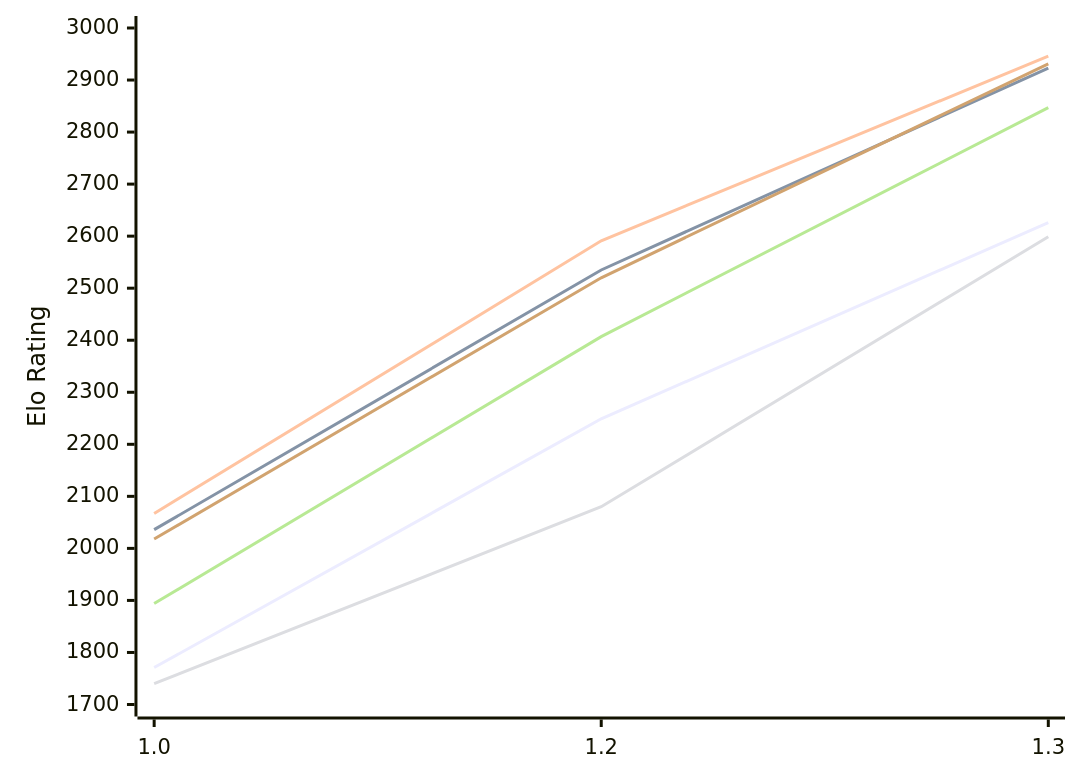
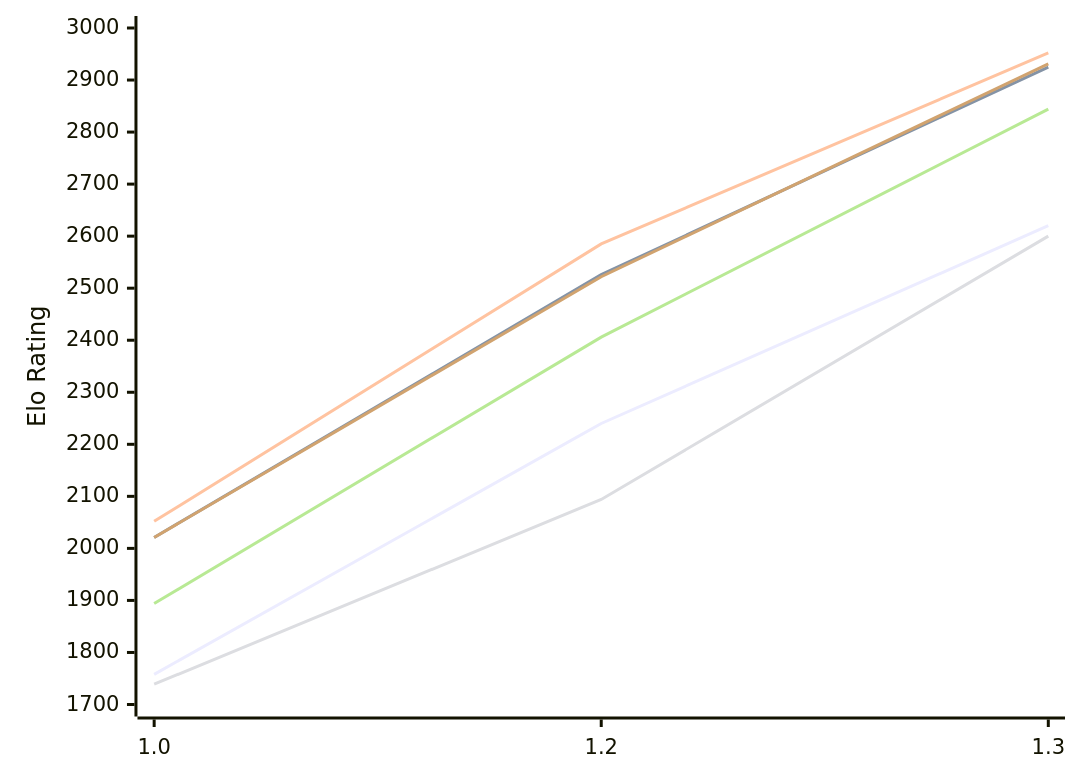
One commit to computer-chess-index/cci changed the first of 2 diagrams in engines/Echekinator.md. Above: the diagram before and after it, drawn with Mermaid. The commit also changed other lines of this file, not shown here.

Commit message:
Update CCI Ratings (ELO VLTC) - 2026-11-15

````diff
--- a/engines/Echekinator.md
+++ b/engines/Echekinator.md
@@ -52,12 +52,12 @@
 ```mermaid
 %%{init: {"theme":"base","themeVariables":{"seriesColors:['#a3a3a3','#222221','#faa371']}}}%%
 xychart-beta
   x-axis ["1.0", "1.2", "1.3"]
   y-axis "Elo Rating" 1700 --> 3000
-  line "E1: STC (8.0+0.08s)" [1771, 2249, 2626]
-  line "E1: LTC (60.0+0.60s)" [2036, 2535, 2923]
-  line "E1: VLTC (2m24s+1.12s)" [2067, 2591, 2946]
-  line "P1: STC (8.0+0.08s)" [1740, 2080, 2599]
-  line "P1: LTC (60.0+0.60s)" [1894, 2407, 2847]
-  line "P1: VLTC (2m24s+1.12s)" [2018, 2520, 2931]
+  line "E1: STC (8.0+0.08s)" [1758, 2240, 2620]
+  line "E1: LTC (60.0+0.60s)" [2021, 2526, 2925]
+  line "E1: VLTC (2m24s+1.12s)" [2052, 2585, 2952]
+  line "P1: STC (8.0+0.08s)" [1739, 2094, 2600]
+  line "P1: LTC (60.0+0.60s)" [1894, 2406, 2844]
+  line "P1: VLTC (2m24s+1.12s)" [2021, 2522, 2931]
 ```
````
